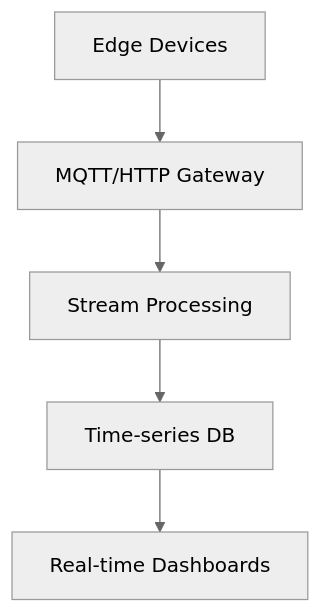
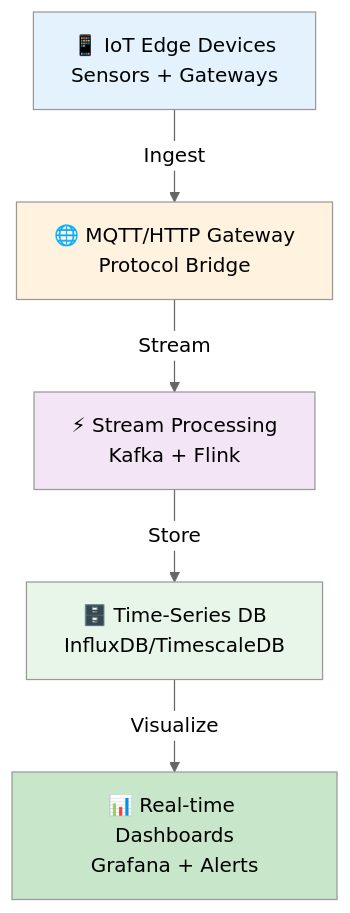
One commit to samueljackson-collab/Samueljackson-collab changed diagram 15 of 28 in README.md. Above: the diagram before and after it, drawn with Mermaid (neutral theme). The commit also changed other lines of this file, not shown here.

Commit message:
Enhanced all diagrams with detailed labels, icons, and styling

````diff
--- a/README.md
+++ b/README.md
@@ -385,7 +479,13 @@
 ```mermaid
 flowchart TD
-  Devices[Edge Devices] --> Gateway[MQTT/HTTP Gateway]
-  Gateway --> Stream[Stream Processing]
-  Stream --> Storage[Time-series DB]
-  Storage --> Dashboards[Real-time Dashboards]
+  Devices[📱 IoT Edge Devices<br/>Sensors + Gateways] -->|Ingest| Gateway[🌐 MQTT/HTTP Gateway<br/>Protocol Bridge]
+  Gateway -->|Stream| Stream[⚡ Stream Processing<br/>Kafka + Flink]
+  Stream -->|Store| Storage[🗄️ Time-Series DB<br/>InfluxDB/TimescaleDB]
+  Storage -->|Visualize| Dashboards[📊 Real-time Dashboards<br/>Grafana + Alerts]
+  
+  style Devices fill:#e3f2fd
+  style Gateway fill:#fff3e0
+  style Stream fill:#f3e5f5
+  style Storage fill:#e8f5e9
+  style Dashboards fill:#c8e6c9
 ```
````
